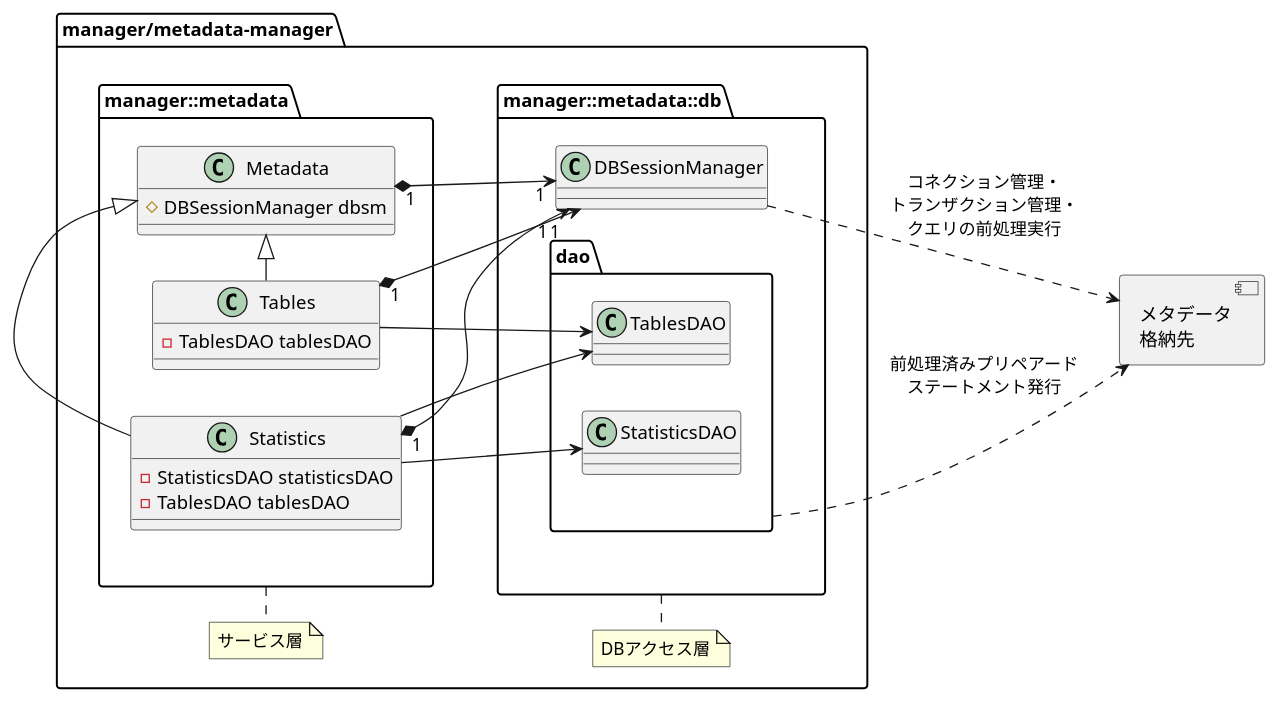
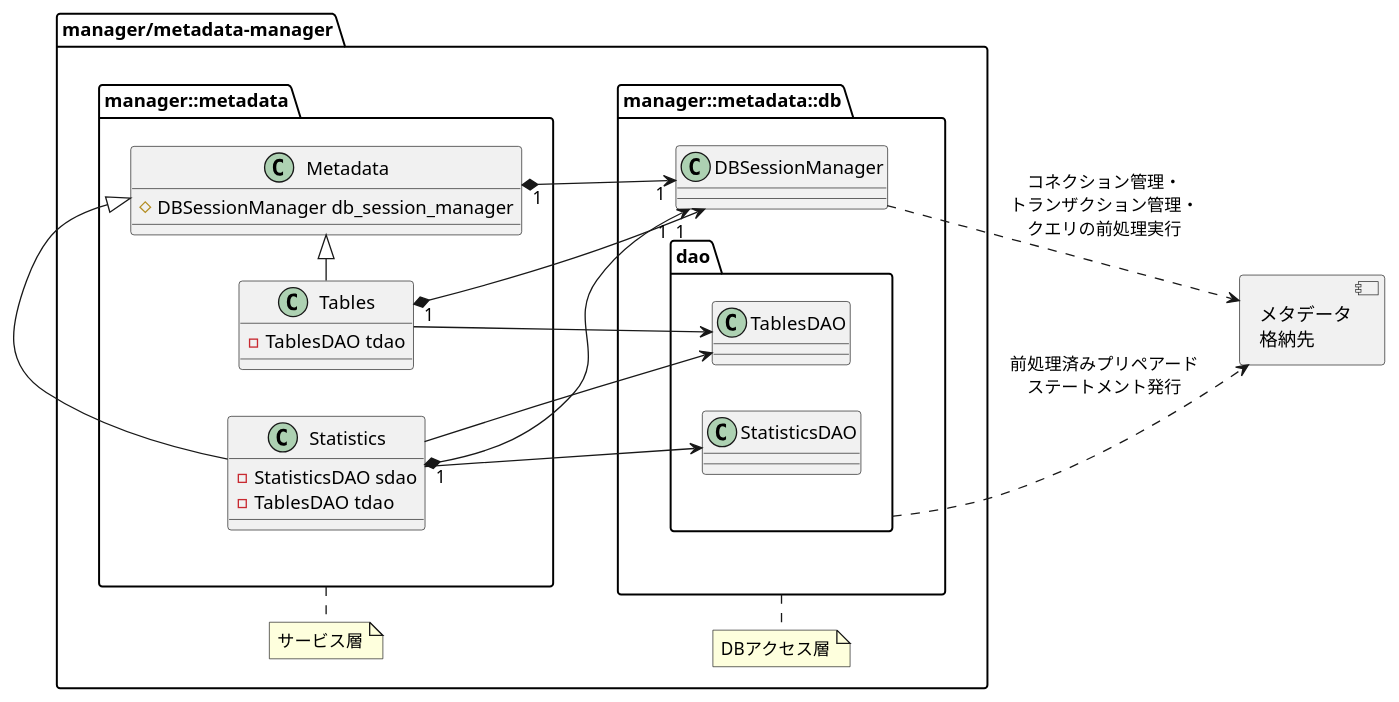
Before and after one commit to project-tsurugi/metadata-manager: the third of 7 diagrams in metadata-manager/docs/statistic/02.FD/uml/ClassDiagram_detail.pu, drawn with PlantUML. The commit also changed other lines of this file and 22 other files, not shown here.

```diff
--- a/metadata-manager/docs/statistic/02.FD/uml/ClassDiagram_detail.pu
+++ b/metadata-manager/docs/statistic/02.FD/uml/ClassDiagram_detail.pu
@@ -100,63 +100,63 @@
 @startuml ClassDiagram_overview_dao
 left to right direction
 allowmixing
 
 package "manager/metadata-manager" {
   package manager::metadata::db as manager_db{
   
     class "DBSessionManager" as DBSM {
     }
 
     package dao{
 
       class "StatisticsDAO" as StatisticsDAO{
       }
   
       class "TablesDAO" as TablesDAO{
       }
   
 
     }
   }
 
   package manager::metadata as manager_metadata{
 
     class "Metadata" as Metadata {
-      {field}#DBSessionManager dbsm
+      {field}#DBSessionManager db_session_manager
     }
     
     class Statistics {
-      {field}-StatisticsDAO statisticsDAO
-      {field}-TablesDAO tablesDAO
+      {field}-StatisticsDAO sdao
+      {field}-TablesDAO tdao
     }
     
     class Tables{
-      {field}-TablesDAO tablesDAO
+      {field}-TablesDAO tdao
     }
 
   }
   
   note bottom of manager_metadata
   サービス層
   end note
   
   note bottom of manager_db
   DBアクセス層
   end note
 
   Metadata "1" *--> "1" DBSM
   Tables "1" *-->"1" DBSM
   Statistics "1" *--> "1" DBSM
   Statistics -|> Metadata
   Tables -|> Metadata
   Statistics -> StatisticsDAO
   Statistics -> TablesDAO
   Tables -> TablesDAO
 }
 
 component "メタデータ\n格納先" as metadata_store
 
 dao ..> metadata_store : 前処理済みプリペアード\nステートメント発行
 DBSM ..> metadata_store : コネクション管理・\nトランザクション管理・\nクエリの前処理実行
 
 @enduml
```
